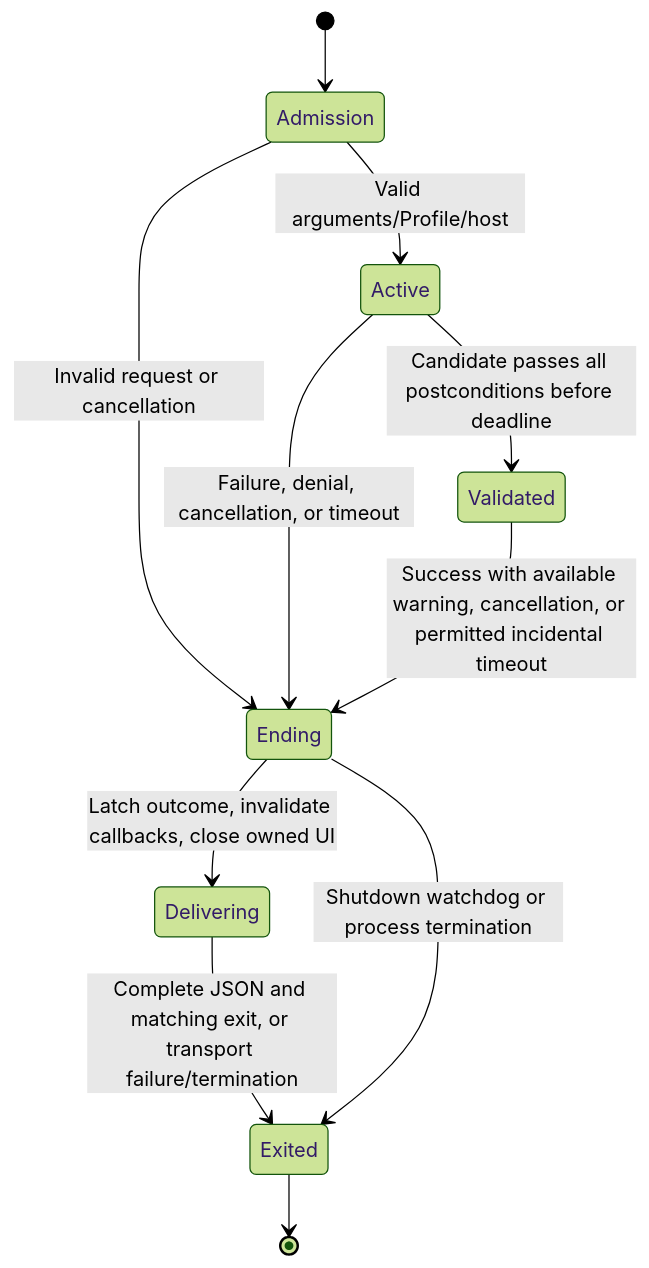
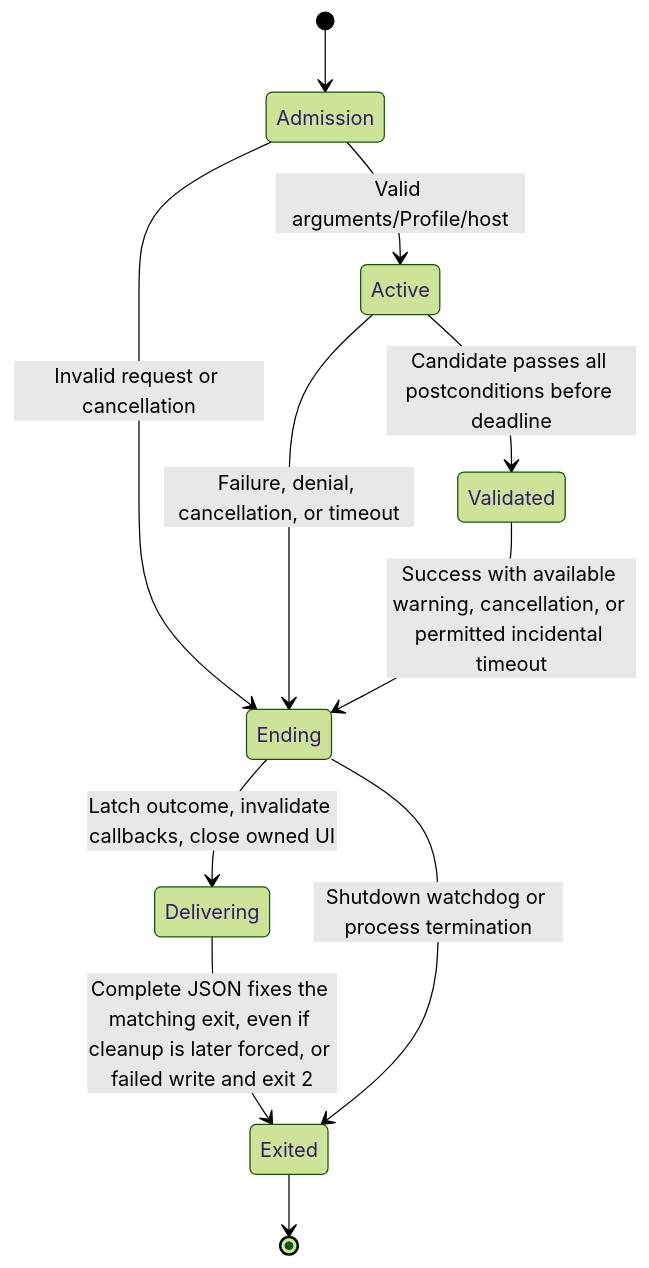
Before and after one commit to hcoona/microsoft-authentication-cli: the fourth of 4 diagrams in docs/designs/windows-ado-authentication.md, drawn with Mermaid (forest theme). The commit also changed other lines of this file and 10 other files, not shown here.

````diff
--- a/docs/designs/windows-ado-authentication.md
+++ b/docs/designs/windows-ado-authentication.md
@@ -1017,13 +1022,13 @@
 ```mermaid
 stateDiagram-v2
     [*] --> Admission
     Admission --> Active: Valid arguments/Profile/host
     Admission --> Ending: Invalid request or cancellation
     Active --> Validated: Candidate passes all postconditions before deadline
     Active --> Ending: Failure, denial, cancellation, or timeout
     Validated --> Ending: Success with available warning, cancellation, or permitted incidental timeout
     Ending --> Delivering: Latch outcome, invalidate callbacks, close owned UI
-    Delivering --> Exited: Complete JSON and matching exit, or transport failure/termination
+    Delivering --> Exited: Complete JSON fixes the matching exit, even if cleanup is later forced, or failed write and exit 2
     Ending --> Exited: Shutdown watchdog or process termination
     Exited --> [*]
 ```
````
